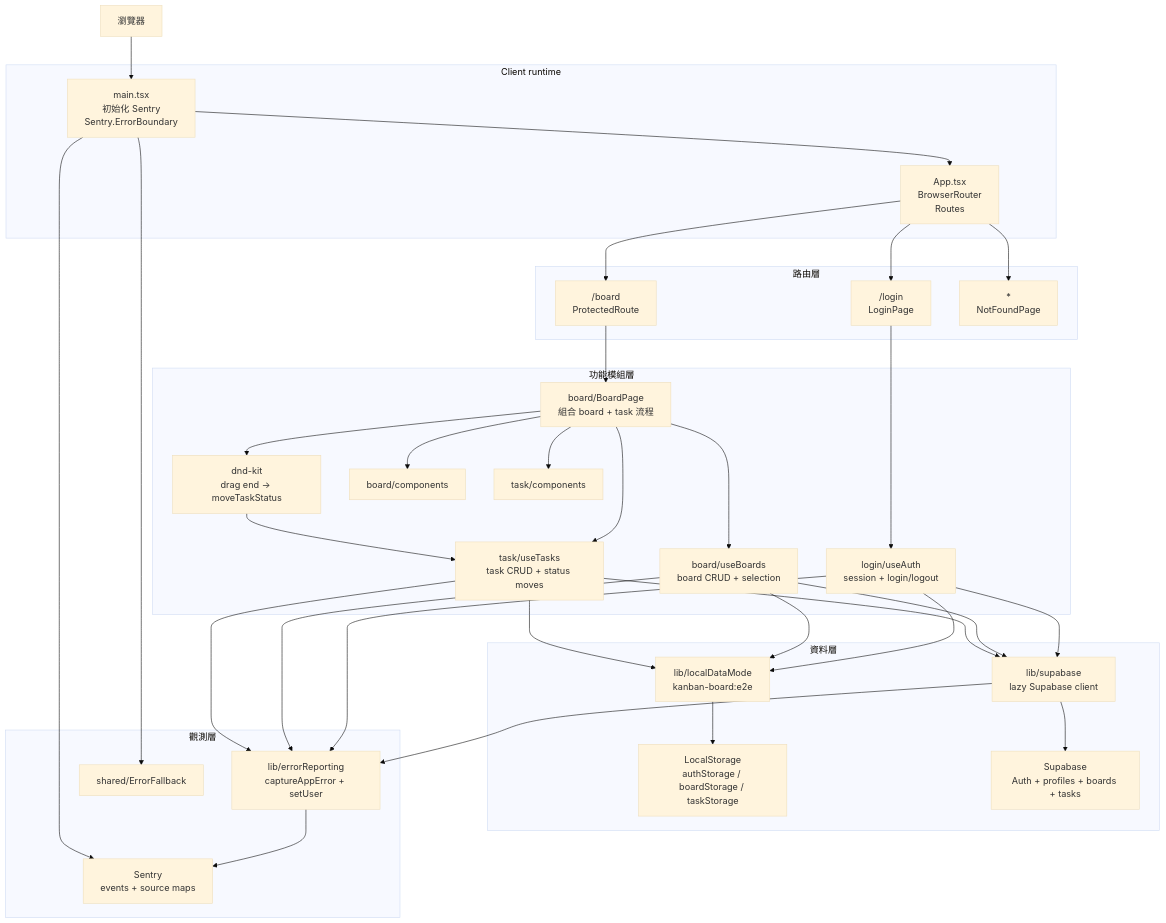
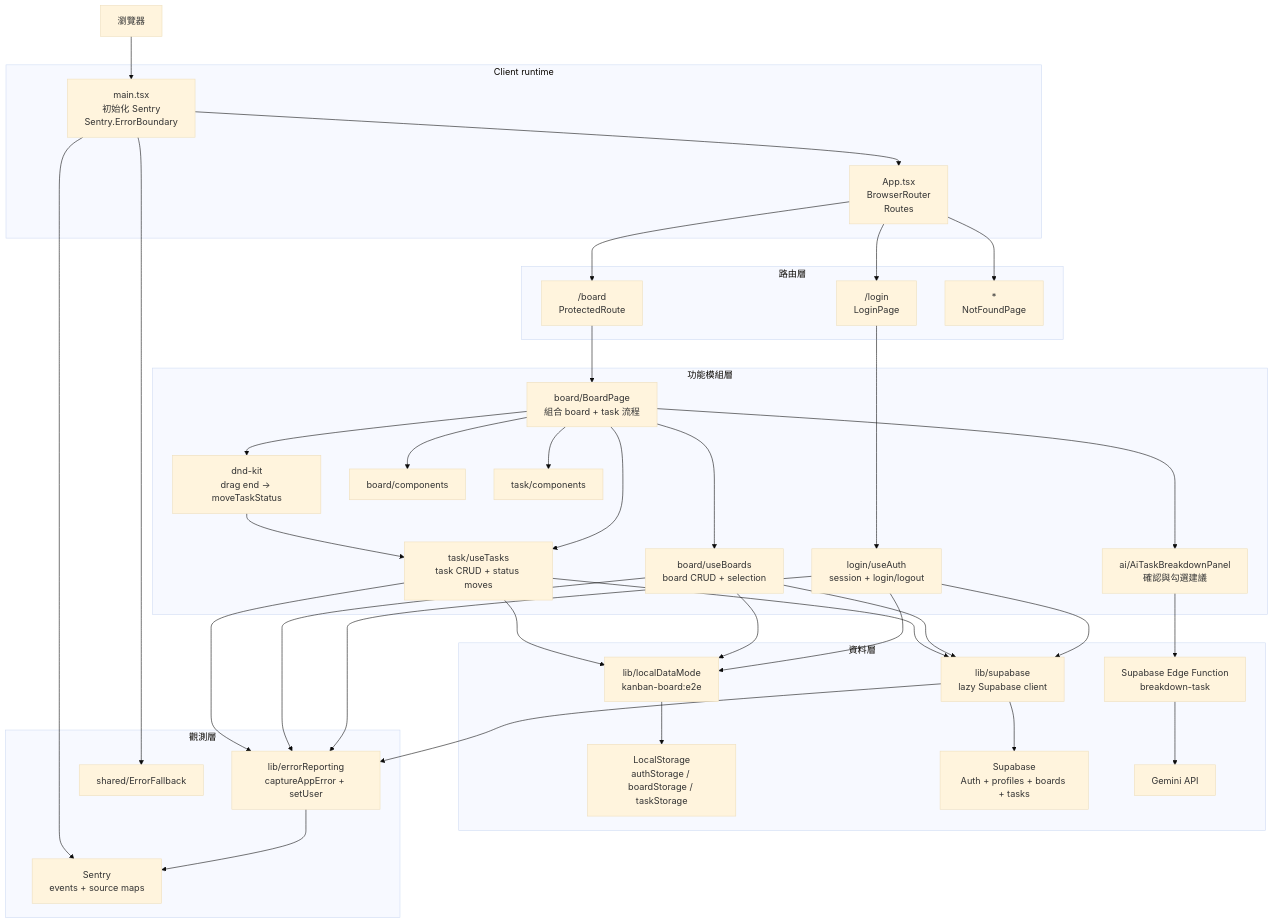
One commit to haoshisu/kanban-board changed the second of 2 diagrams in README.md. Above: the diagram before and after it, drawn with Mermaid (base theme). The commit also changed other lines of this file, not shown here.

````diff
--- a/README.md
+++ b/README.md
@@ -291,66 +311,71 @@
 ```mermaid
 flowchart TB
   Browser["瀏覽器"]
 
   subgraph Runtime["Client runtime"]
     Main["main.tsx<br/>初始化 Sentry<br/>Sentry.ErrorBoundary"]
     App["App.tsx<br/>BrowserRouter<br/>Routes"]
   end
 
   subgraph RouteLayer["路由層"]
     LoginRoute["/login<br/>LoginPage"]
     BoardRoute["/board<br/>ProtectedRoute"]
     NotFoundRoute["*<br/>NotFoundPage"]
   end
 
   subgraph FeatureLayer["功能模組層"]
     AuthHook["login/useAuth<br/>session + login/logout"]
     BoardPage["board/BoardPage<br/>組合 board + task 流程"]
     BoardHook["board/useBoards<br/>board CRUD + selection"]
     TaskHook["task/useTasks<br/>task CRUD + status moves"]
     Dnd["dnd-kit<br/>drag end -> moveTaskStatus"]
     BoardComponents["board/components"]
     TaskComponents["task/components"]
+    AiBreakdown["ai/AiTaskBreakdownPanel<br/>確認與勾選建議"]
   end
 
   subgraph DataLayer["資料層"]
     SupabaseClient["lib/supabase<br/>lazy Supabase client"]
     LocalMode["lib/localDataMode<br/>kanban-board:e2e"]
     LocalStorage["LocalStorage<br/>authStorage / boardStorage / taskStorage"]
     Supabase["Supabase<br/>Auth + profiles + boards + tasks"]
+    EdgeFunction["Supabase Edge Function<br/>breakdown-task"]
+    Gemini["Gemini API"]
   end
 
   subgraph ObservabilityLayer["觀測層"]
     ErrorReporting["lib/errorReporting<br/>captureAppError + setUser"]
     Sentry["Sentry<br/>events + source maps"]
     ErrorFallback["shared/ErrorFallback"]
   end
 
   Browser --> Main --> App
   Main --> ErrorFallback
   App --> LoginRoute
   App --> BoardRoute
   App --> NotFoundRoute
   LoginRoute --> AuthHook
   BoardRoute --> BoardPage
   BoardPage --> BoardComponents
   BoardPage --> TaskComponents
   BoardPage --> BoardHook
   BoardPage --> TaskHook
   BoardPage --> Dnd
+  BoardPage --> AiBreakdown
+  AiBreakdown --> EdgeFunction --> Gemini
   Dnd --> TaskHook
   AuthHook --> SupabaseClient
   BoardHook --> SupabaseClient
   TaskHook --> SupabaseClient
   SupabaseClient --> Supabase
   AuthHook --> LocalMode
   BoardHook --> LocalMode
   TaskHook --> LocalMode
   LocalMode --> LocalStorage
   AuthHook --> ErrorReporting
   BoardHook --> ErrorReporting
   TaskHook --> ErrorReporting
   SupabaseClient --> ErrorReporting
   ErrorReporting --> Sentry
   Main --> Sentry
 ```
````
